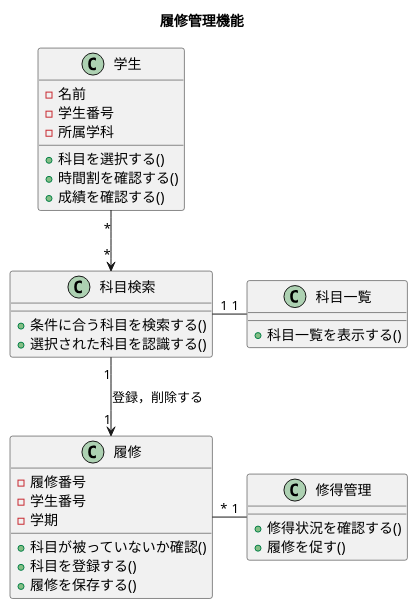
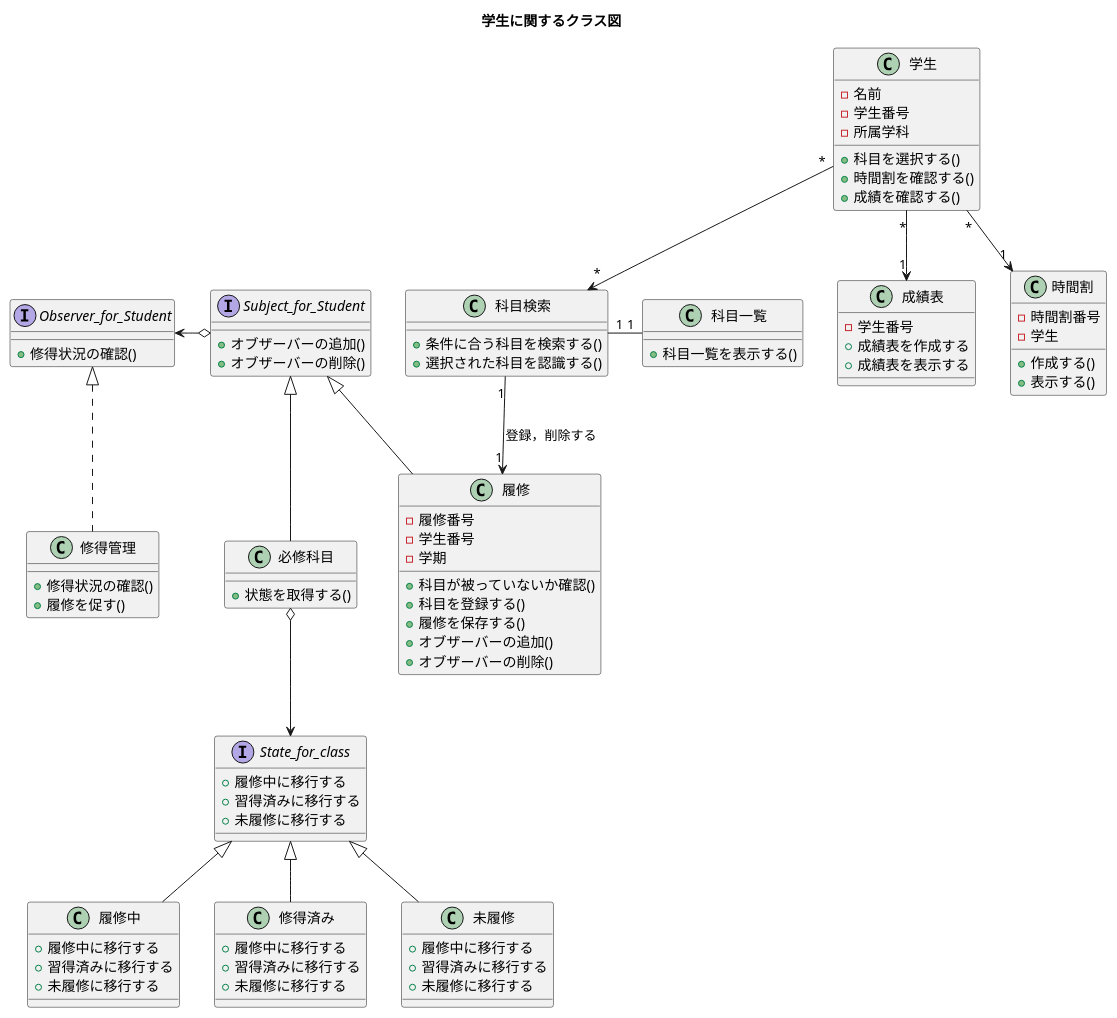
One commit to tanusai646/software-desine changed the diagram in uml/15/class2/class3.puml. Above: the diagram before and after it, drawn with PlantUML. The commit also changed 22 other files, not shown here.

```diff
--- a/uml/15/class2/class3.puml
+++ b/uml/15/class2/class3.puml
@@ -1,42 +1,104 @@
-@startuml 9-2
-title 履修管理機能
+@startuml 8-3
+title 学生に関するクラス図
 
-'履修管理に関連するクラス
+'学生に関連するクラス
 class 学生{
     - 名前
     - 学生番号
     - 所属学科
     + 科目を選択する()
     + 時間割を確認する()
     + 成績を確認する()
 }
 
 class 履修 {
     - 履修番号
     - 学生番号
     - 学期
     + 科目が被っていないか確認()
     + 科目を登録する()
     + 履修を保存する()
+    + オブザーバーの追加()
+    + オブザーバーの削除()
+}
+
+interface State_for_class {
+    + 履修中に移行する
+    + 習得済みに移行する
+    + 未履修に移行する
+}
+
+class 履修中{
+    + 履修中に移行する
+    + 習得済みに移行する
+    + 未履修に移行する
+}
+
+class 修得済み{
+    + 履修中に移行する
+    + 習得済みに移行する
+    + 未履修に移行する
+}
+
+class 未履修{
+    + 履修中に移行する
+    + 習得済みに移行する
+    + 未履修に移行する
 }
 
 class 科目検索 {
     + 条件に合う科目を検索する()
     + 選択された科目を認識する()
 }
 
 class 科目一覧 {
     + 科目一覧を表示する()
 }
 
+class 必修科目 {
+    + 状態を取得する()
+}
+
 class 修得管理 {
-    + 修得状況を確認する()
+    + 修得状況の確認()
     + 履修を促す()
 }
 
+class 成績表{
+    - 学生番号
+    + 成績表を作成する
+    + 成績表を表示する
+}
+
+class 時間割{
+    - 時間割番号
+    - 学生
+    + 作成する()
+    + 表示する()
+}
+
+interface Observer_for_Student{
+    + 修得状況の確認()
+}
+
+interface Subject_for_Student{
+    + オブザーバーの追加()
+    + オブザーバーの削除()
+}
+
 学生 "*"-->"*" 科目検索
+学生 "*"-->"1" 時間割
+学生 "*"-->"1" 成績表
 科目検索 "1"-right-"1" 科目一覧
 科目検索 "1"-->"1" 履修 : 登録，削除する
-履修 "*"-right-"1" 修得管理
 
+Observer_for_Student <|.. 修得管理
+Observer_for_Student <-right-o Subject_for_Student
+Subject_for_Student <|-- 必修科目
+Subject_for_Student <|-- 履修
+
+必修科目 o--> State_for_class
+State_for_class <|-- 履修中
+State_for_class <|-- 修得済み
+State_for_class <|-- 未履修
 @enduml
```
